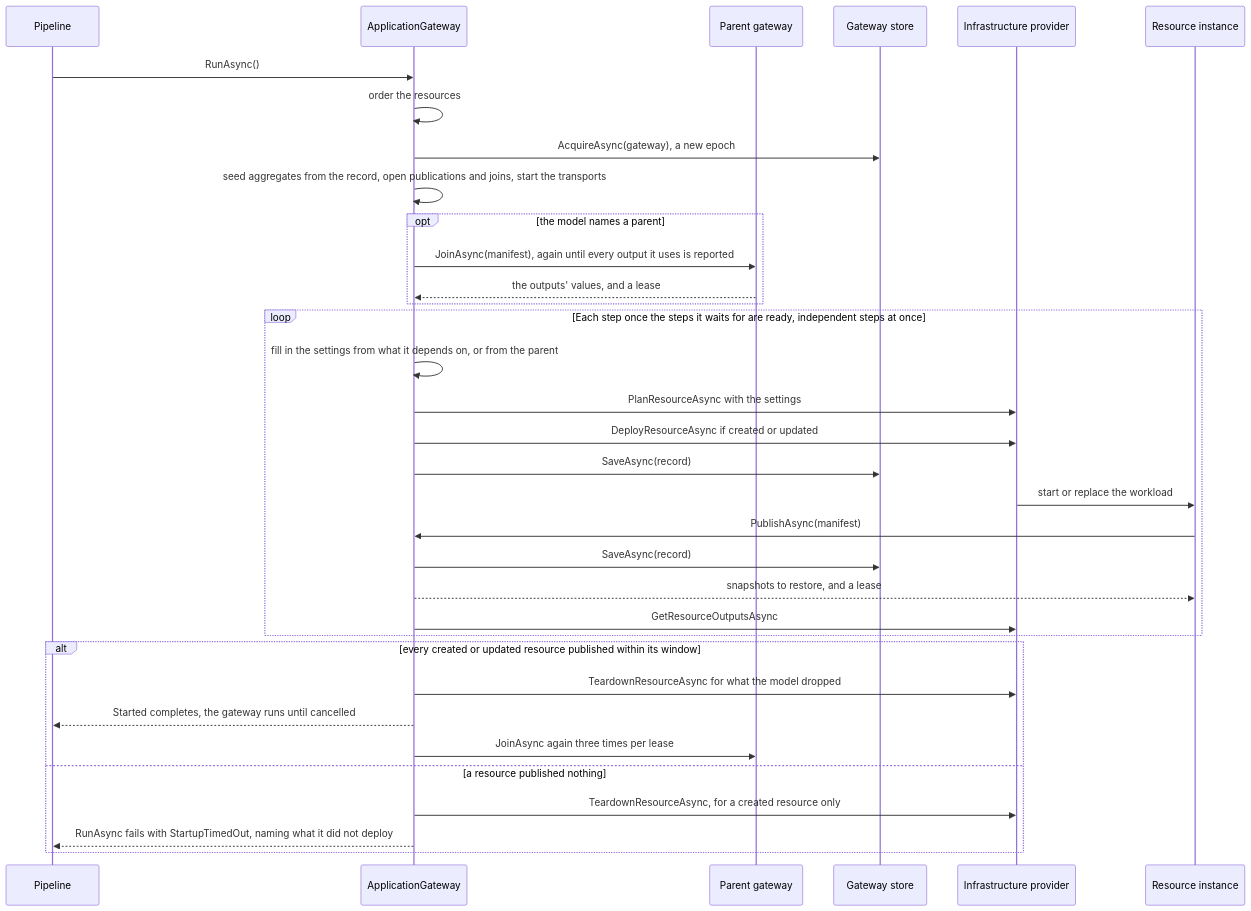
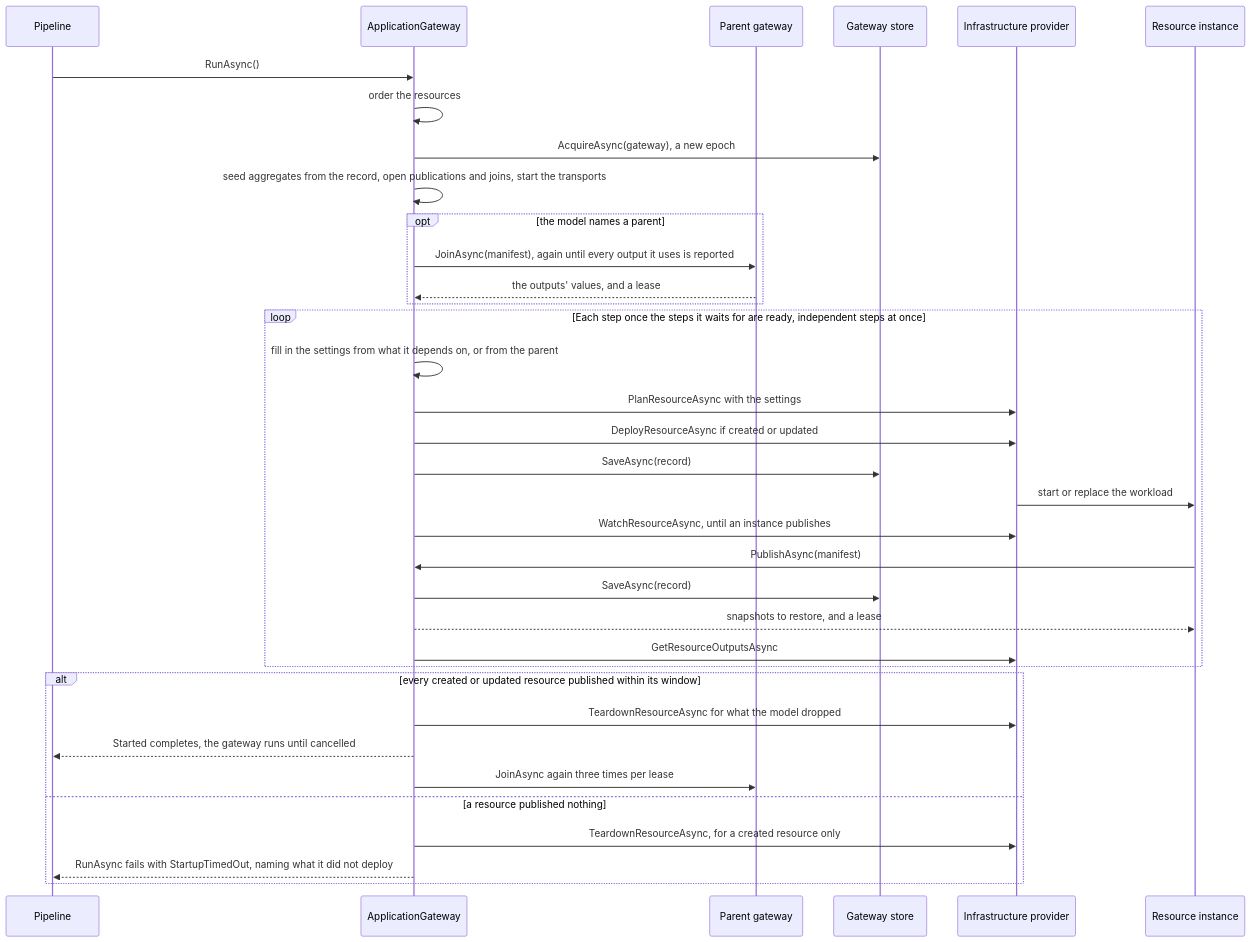
Before and after one commit to assimalign/cohesion: the second of 3 diagrams in libraries/ApplicationModel/Assimalign.Cohesion.ApplicationModel.Gateway/docs/DESIGN.md, drawn with Mermaid. The commit also changed other lines of this file and 11 other files, not shown here.

````diff
--- a/libraries/ApplicationModel/Assimalign.Cohesion.ApplicationModel.Gateway/docs/DESIGN.md
+++ b/libraries/ApplicationModel/Assimalign.Cohesion.ApplicationModel.Gateway/docs/DESIGN.md
@@ -54,36 +54,37 @@
 ```mermaid
 sequenceDiagram
     participant Caller as Pipeline
     participant GW as ApplicationGateway
     participant Parent as Parent gateway
     participant Store as Gateway store
     participant Infra as Infrastructure provider
     participant Inst as Resource instance
     Caller->>GW: RunAsync()
     GW->>GW: order the resources
     GW->>Store: AcquireAsync(gateway), a new epoch
     GW->>GW: seed aggregates from the record, open publications and joins, start the transports
     opt the model names a parent
         GW->>Parent: JoinAsync(manifest), again until every output it uses is reported
         Parent-->>GW: the outputs' values, and a lease
     end
     loop Each step once the steps it waits for are ready, independent steps at once
         GW->>GW: fill in the settings from what it depends on, or from the parent
         GW->>Infra: PlanResourceAsync with the settings
         GW->>Infra: DeployResourceAsync if created or updated
         GW->>Store: SaveAsync(record)
         Infra->>Inst: start or replace the workload
+        GW->>Infra: WatchResourceAsync, until an instance publishes
         Inst->>GW: PublishAsync(manifest)
         GW->>Store: SaveAsync(record)
         GW-->>Inst: snapshots to restore, and a lease
         GW->>Infra: GetResourceOutputsAsync
     end
     alt every created or updated resource published within its window
         GW->>Infra: TeardownResourceAsync for what the model dropped
         GW-->>Caller: Started completes, the gateway runs until cancelled
         GW->>Parent: JoinAsync again three times per lease
     else a resource published nothing
         GW->>Infra: TeardownResourceAsync, for a created resource only
         GW-->>Caller: RunAsync fails with StartupTimedOut, naming what it did not deploy
     end
 ```
````
